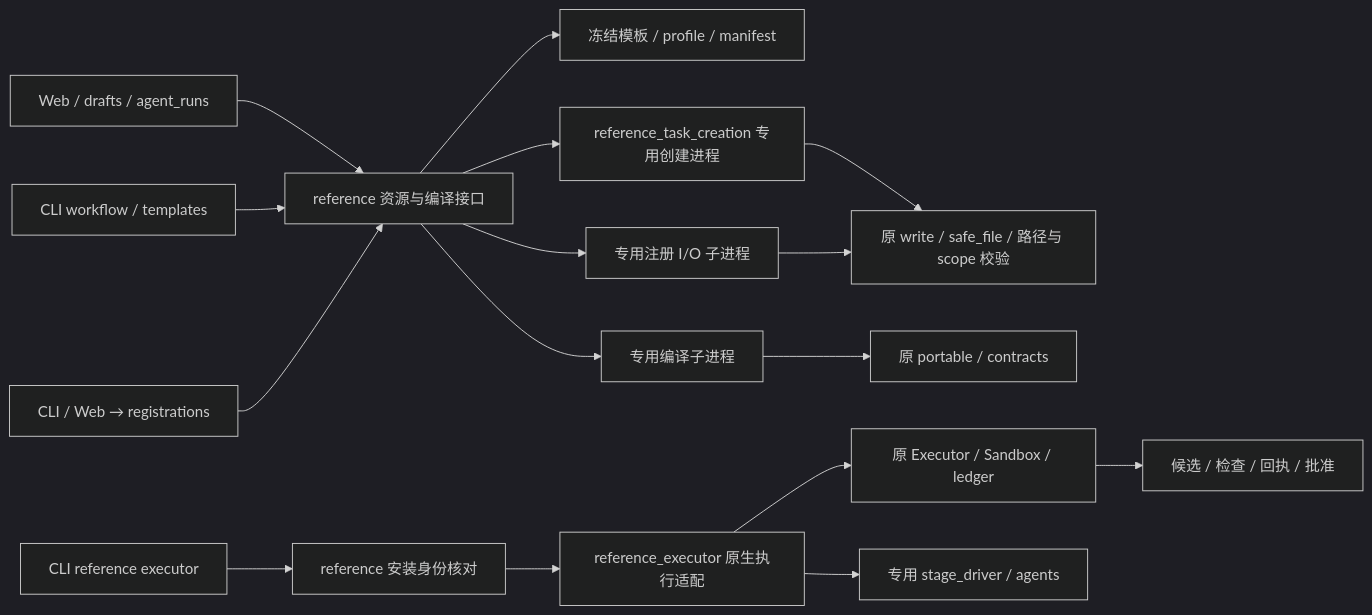
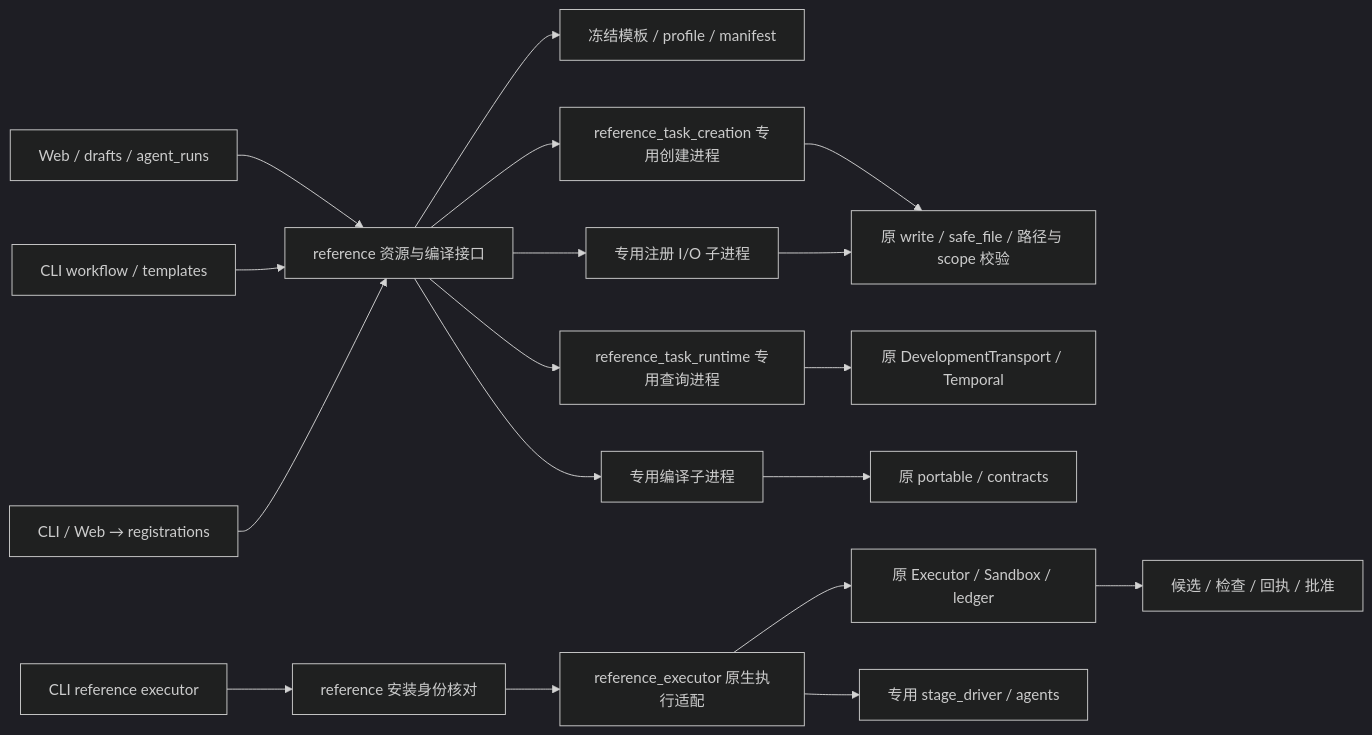
Before and after one commit to 626619403/Ergora: the diagram in docs/architecture/reference-boundary.md, drawn with Mermaid (dark theme). The commit also changed other lines of this file and 17 other files, not shown here.

Commit message:
feat: query verified native task runtime facts

````diff
--- a/docs/architecture/reference-boundary.md
+++ b/docs/architecture/reference-boundary.md
@@ -7,18 +7,20 @@
 ```mermaid
 flowchart LR
   Web[Web / drafts / agent_runs] --> Ref[reference 资源与编译接口]
   CLI[CLI workflow / templates] --> Ref
   Registration[CLI / Web → registrations] --> Ref
   Ref --> Resources[冻结模板 / profile / manifest]
   Ref --> Creation[reference_task_creation 专用创建进程]
   Creation --> Files
+  Ref --> RuntimeQuery[reference_task_runtime 专用查询进程]
+  RuntimeQuery --> Transport[原 DevelopmentTransport / Temporal]
   Ref --> Compiler[专用编译子进程]
   Compiler --> Portable[原 portable / contracts]
   Ref --> Projection[专用注册 I/O 子进程]
   Projection --> Files[原 write / safe_file / 路径与 scope 校验]
   ExecCLI[CLI reference executor] --> Identity[reference 安装身份核对]
   Identity --> Bridge[reference_executor 原生执行适配]
   Bridge --> Original[原 Executor / Sandbox / ledger]
   Bridge --> Driver[专用 stage_driver / agents]
   Original --> Evidence[候选 / 检查 / 回执 / 批准]
 ```
````
